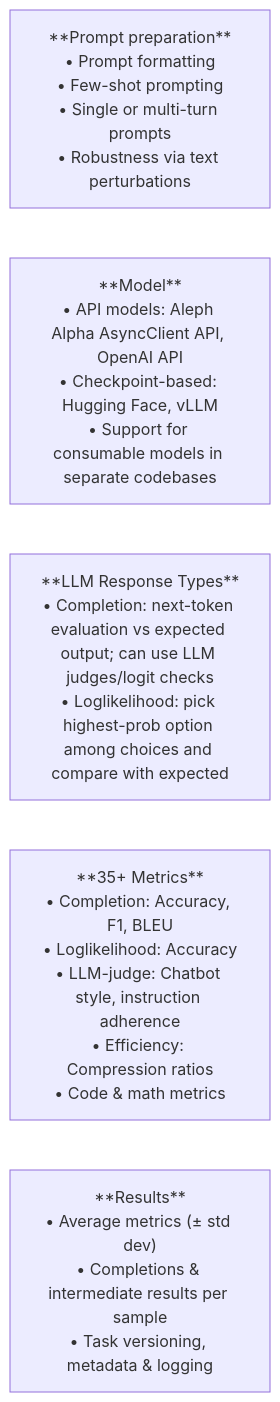
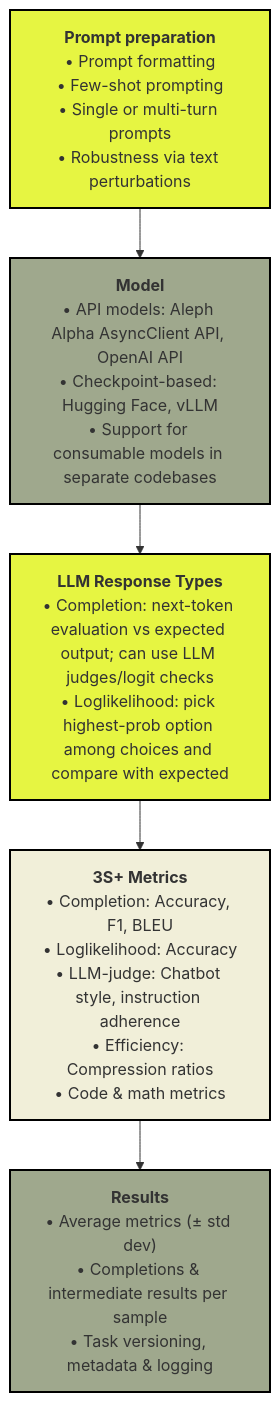
Before and after one commit to Aleph-Alpha-Research/eval-framework: the diagram in docs/index.md, drawn with Mermaid.

````diff
--- a/docs/index.md
+++ b/docs/index.md
@@ -18,8 +18,18 @@
 ```mermaid
-graph LR
-    A["**Prompt preparation**<br/>• Prompt formatting<br/>• Few-shot prompting<br/>• Single or multi-turn prompts<br/>• Robustness via text perturbations"]
-    B["**Model**<br/>• API models: Aleph Alpha AsyncClient API, OpenAI API<br/>• Checkpoint-based: Hugging Face, vLLM<br/>• Support for consumable models in separate codebases"]
-    C["**LLM Response Types**<br/>• Completion: next-token evaluation vs expected output; can use LLM judges/logit checks<br/>• Loglikelihood: pick highest-prob option among choices and compare with expected"]
-    D["**35+ Metrics**<br/>• Completion: Accuracy, F1, BLEU<br/>• Loglikelihood: Accuracy<br/>• LLM-judge: Chatbot style, instruction adherence<br/>• Efficiency: Compression ratios<br/>• Code & math metrics"]
-    E["**Results**<br/>• Average metrics (± std dev)<br/>• Completions & intermediate results per sample<br/>• Task versioning, metadata & logging"]
+graph TD
+    %% Define custom classes for your colors
+    classDef yellow fill:#e6f542,stroke:#000000,stroke-width:2px
+    classDef green  fill:#9fa88d,stroke:#000000,stroke-width:2px
+    classDef beige  fill:#f1efd9,stroke:#000000,stroke-width:2px
+
+    %% Define nodes and apply classes
+    A["<b>Prompt preparation</b><br/>• Prompt formatting<br/>• Few-shot prompting<br/>• Single or multi-turn prompts<br/>• Robustness via text perturbations"]:::yellow
+    B["<b>Model</b><br/>• API models: Aleph Alpha AsyncClient API, OpenAI API<br/>• Checkpoint-based: Hugging Face, vLLM<br/>• Support for consumable models in separate codebases"]:::green
+    C["<b>LLM Response Types</b><br/>• Completion: next-token evaluation vs expected output; can use LLM judges/logit checks<br/>• Loglikelihood: pick highest-prob option among choices and compare with expected"]:::yellow
+    D["<b>3S+ Metrics</b><br/>• Completion: Accuracy, F1, BLEU<br/>• Loglikelihood: Accuracy<br/>• LLM-judge: Chatbot style, instruction adherence<br/>• Efficiency: Compression ratios<br/>• Code & math metrics"]:::beige
+    E["<b>Results</b><br/>• Average metrics (± std dev)<br/>• Completions & intermediate results per sample<br/>• Task versioning, metadata & logging"]:::green
+
+
+    %% Define the flow
+    A --> B --> C --> D --> E
 ```
````
